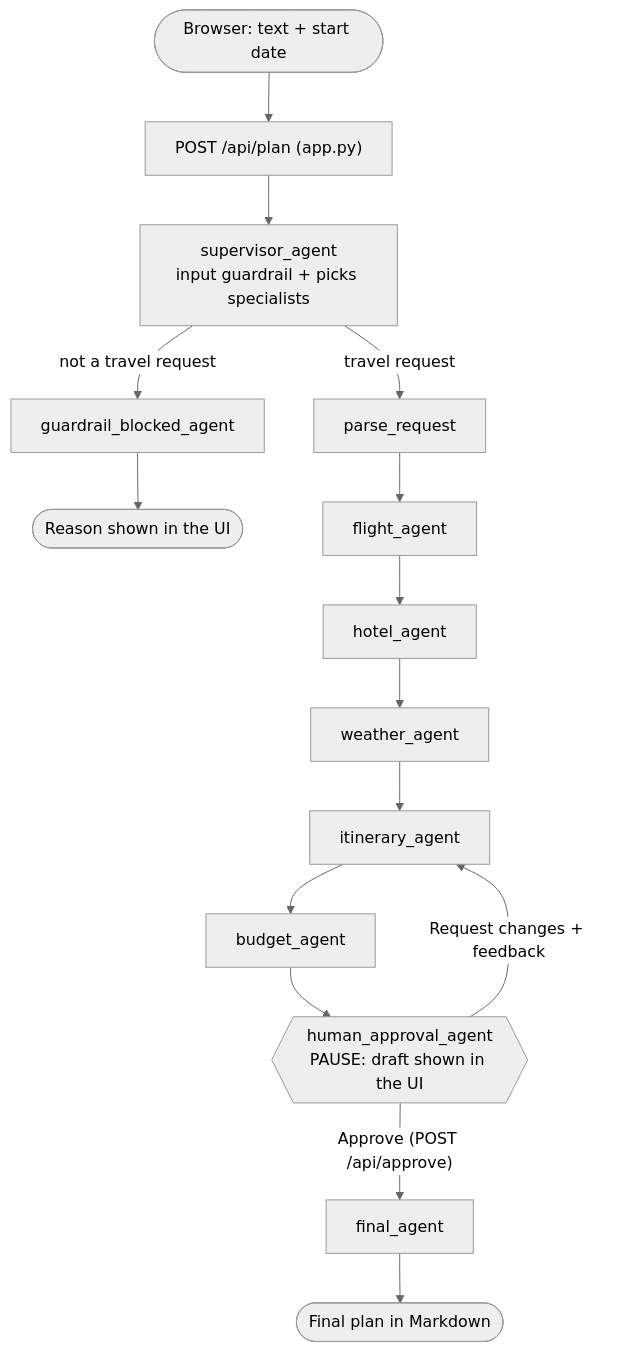
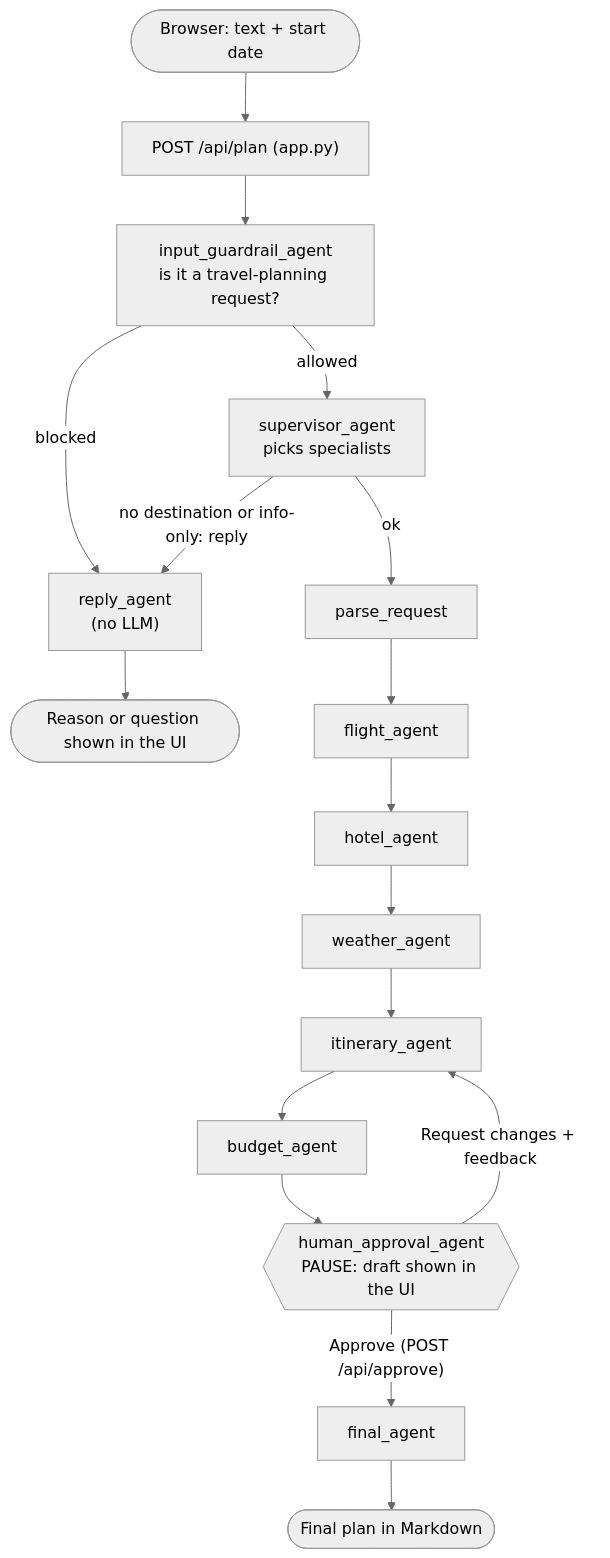
The diagram in README.md (bsivavenu/tripmate_langgraph), drawn with Mermaid (neutral theme) before and after one commit. The commit also changed other lines of this file and 2 other files, not shown here.

First line of the commit message:
Update README and architecture diagram for guardrail node, reply path and approval fixes

````diff
--- a/README.md
+++ b/README.md
@@ -63,17 +63,19 @@
 ```mermaid
 flowchart TD
     A([Browser: text + start date]) --> B["POST /api/plan (app.py)"]
-    B --> S["supervisor_agent<br/>input guardrail + picks specialists"]
-    S -- "not a travel request" --> X["guardrail_blocked_agent"]
-    X --> R1([Reason shown in the UI])
-    S -- "travel request" --> P[parse_request]
+    B --> G["input_guardrail_agent<br/>is it a travel-planning request?"]
+    G -- "blocked" --> RP["reply_agent<br/>(no LLM)"]
+    G -- "allowed" --> S["supervisor_agent<br/>picks specialists"]
+    S -- "no destination or info-only: reply" --> RP
+    RP --> R1([Reason or question shown in the UI])
+    S -- "ok" --> P[parse_request]
     P --> F[flight_agent]
     F --> H[hotel_agent]
     H --> W[weather_agent]
     W --> I[itinerary_agent]
     I --> BU[budget_agent]
     BU --> HA{{"human_approval_agent<br/>PAUSE: draft shown in the UI"}}
     HA -- "Approve (POST /api/approve)" --> FN[final_agent]
     HA -- "Request changes + feedback" --> I
     FN --> R2([Final plan in Markdown])
 ```
````
